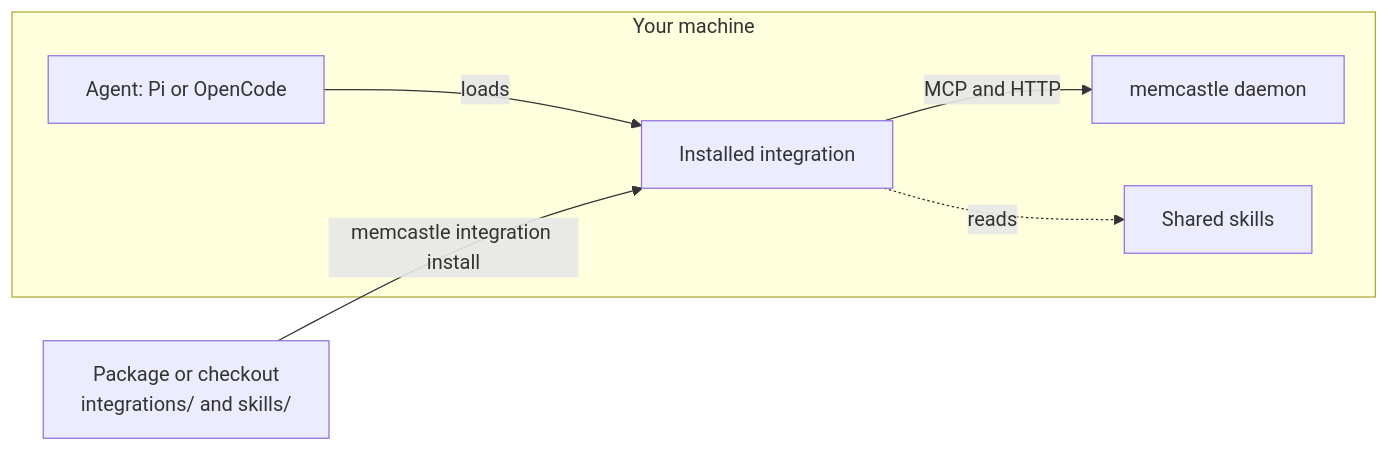
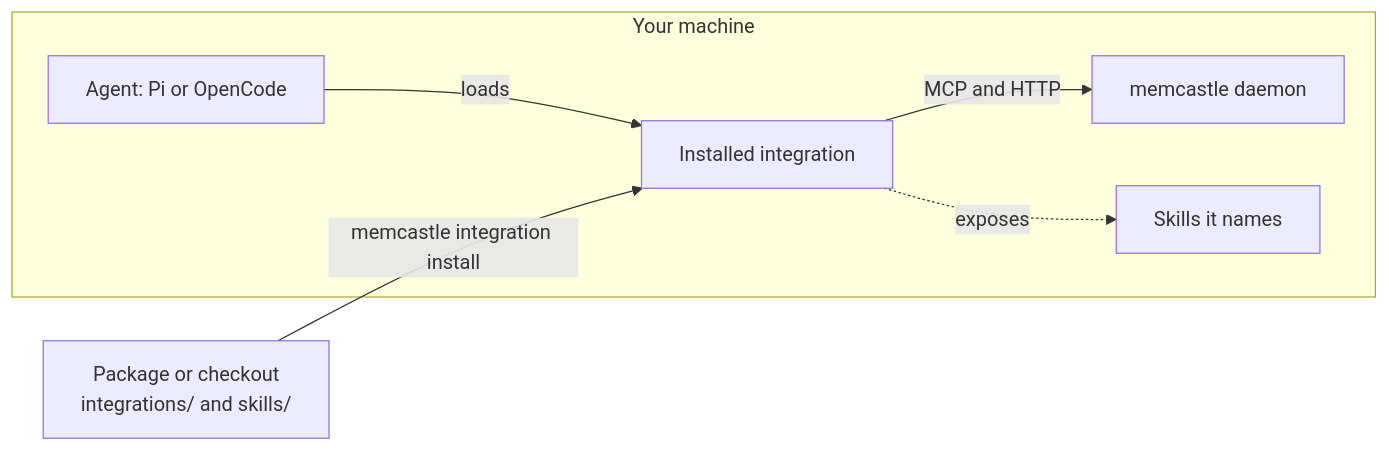
Before and after one commit to noirbizarre/memcastle: the first of 2 diagrams in docs/integrations.md, drawn with Mermaid. The commit also changed other lines of this file and 29 other files, not shown here.

````diff
--- a/docs/integrations.md
+++ b/docs/integrations.md
@@ -14,9 +14,9 @@
 ```mermaid
 flowchart LR
     subgraph machine[Your machine]
         A[Agent: Pi or OpenCode] -->|loads| I[Installed integration]
         I -->|MCP and HTTP| D[memcastle daemon]
-        I -.->|reads| S[Shared skills]
+        I -.->|exposes| S[Skills it names]
     end
     P[Package or checkout<br/>integrations/ and skills/] -->|memcastle integration install| I
 ```
````
